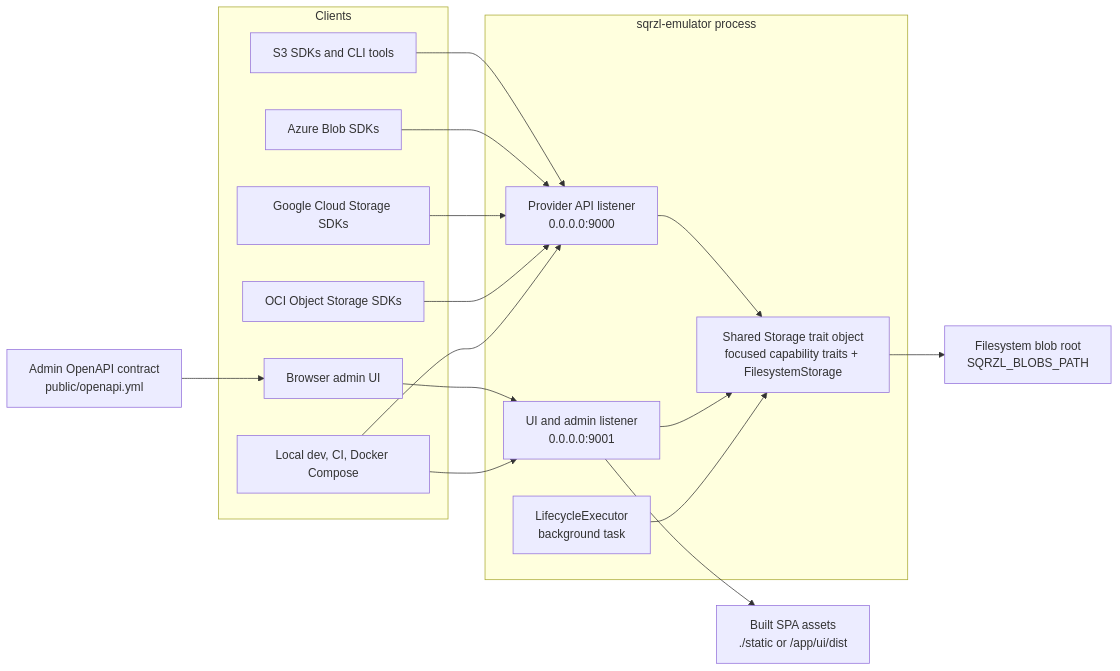
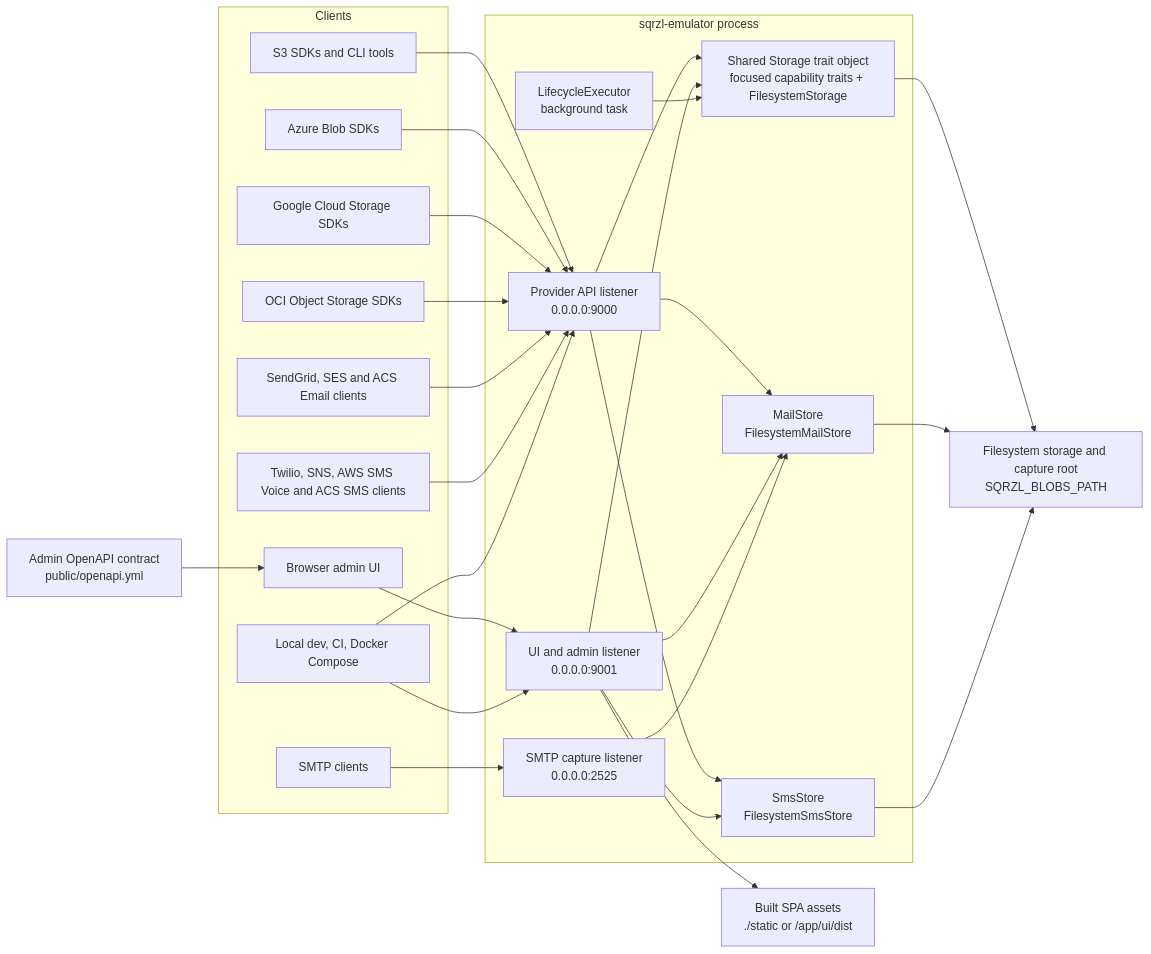
Before and after one commit to sqrzl/sqrzl-emulator: the first of 11 diagrams in docs/architecture.md, drawn with Mermaid. The commit also changed other lines of this file and 34 other files, not shown here.

````diff
--- a/docs/architecture.md
+++ b/docs/architecture.md
@@ -9,37 +9,53 @@
 ```mermaid
 flowchart LR
     subgraph Clients
         S3SDK[S3 SDKs and CLI tools]
         AzureSDK[Azure Blob SDKs]
         GCSSDK[Google Cloud Storage SDKs]
         OCISDK[OCI Object Storage SDKs]
+        EmailSDK[SendGrid, SES and ACS Email clients]
+        SmsSDK[Twilio, SNS, AWS SMS Voice and ACS SMS clients]
+        SmtpClient[SMTP clients]
         Browser[Browser admin UI]
         DevOps[Local dev, CI, Docker Compose]
     end
 
     subgraph Sqrzl["sqrzl-emulator process"]
         ApiPort["Provider API listener<br/>0.0.0.0:9000"]
         UiPort["UI and admin listener<br/>0.0.0.0:9001"]
+        SmtpPort["SMTP capture listener<br/>0.0.0.0:2525"]
         SharedStorage["Shared Storage trait object<br/>focused capability traits + FilesystemStorage"]
+        MailStore["MailStore<br/>FilesystemMailStore"]
+        SmsStore["SmsStore<br/>FilesystemSmsStore"]
         Lifecycle["LifecycleExecutor<br/>background task"]
     end
 
-    Disk[Filesystem blob root<br/>SQRZL_BLOBS_PATH]
+    Disk[Filesystem storage and capture root<br/>SQRZL_BLOBS_PATH]
     OpenApi[Admin OpenAPI contract<br/>public/openapi.yml]
     StaticUi[Built SPA assets<br/>./static or /app/ui/dist]
 
     S3SDK --> ApiPort
     AzureSDK --> ApiPort
     GCSSDK --> ApiPort
     OCISDK --> ApiPort
+    EmailSDK --> ApiPort
+    SmsSDK --> ApiPort
+    SmtpClient --> SmtpPort
     Browser --> UiPort
     DevOps --> ApiPort
     DevOps --> UiPort
 
     ApiPort --> SharedStorage
+    ApiPort --> MailStore
+    ApiPort --> SmsStore
     UiPort --> SharedStorage
+    UiPort --> MailStore
+    UiPort --> SmsStore
+    SmtpPort --> MailStore
     Lifecycle --> SharedStorage
     SharedStorage --> Disk
+    MailStore --> Disk
+    SmsStore --> Disk
     UiPort --> StaticUi
     OpenApi --> Browser
 ```
````
